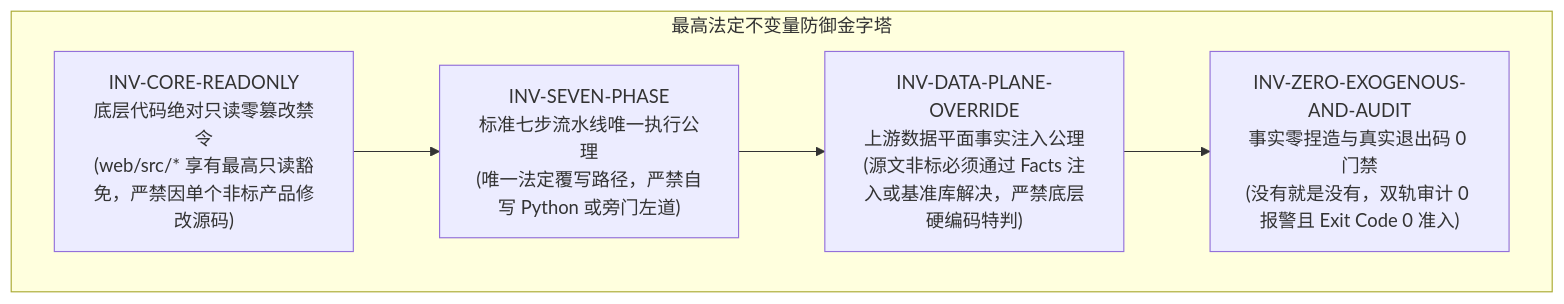
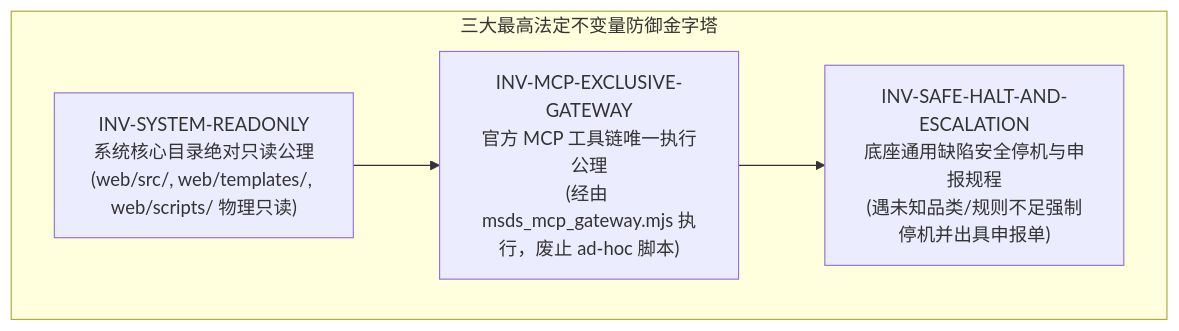
One commit to SnowLove0303/Msds-Engine changed the first of 3 diagrams in 体系交接文档/MSDS_Studio_Agent_Test_Kit/skill/SKILL.md. Above: the diagram before and after it, drawn with Mermaid. The commit also changed other lines of this file and 93 other files, not shown here.

Commit message:
feat(msds-engine): sync core engine, openspec, test kit and clean repo layout

````diff
--- a/体系交接文档/MSDS_Studio_Agent_Test_Kit/skill/SKILL.md
+++ b/体系交接文档/MSDS_Studio_Agent_Test_Kit/skill/SKILL.md
@@ -19,11 +25,10 @@
 ```mermaid
 flowchart TD
-    subgraph InvariantPyramid["最高法定不变量防御金字塔"]
-        INV1["INV-CORE-READONLY<br>底层代码绝对只读零篡改禁令<br>(web/src/* 享有最高只读豁免，严禁因单个非标产品修改源码)"]
-        INV2["INV-SEVEN-PHASE<br>标准七步流水线唯一执行公理<br>(唯一法定覆写路径，严禁自写 Python 或旁门左道)"]
-        INV3["INV-DATA-PLANE-OVERRIDE<br>上游数据平面事实注入公理<br>(源文非标必须通过 Facts 注入或基准库解决，严禁底层硬编码特判)"]
-        INV4["INV-ZERO-EXOGENOUS-AND-AUDIT<br>事实零捏造与真实退出码 0 门禁<br>(没有就是没有，双轨审计 0 报警且 Exit Code 0 准入)"]
+    subgraph InvariantPyramid["三大最高法定不变量防御金字塔"]
+        INV1["INV-SYSTEM-READONLY<br>系统核心目录绝对只读公理<br>(web/src/, web/templates/, web/scripts/ 物理只读)"]
+        INV2["INV-MCP-EXCLUSIVE-GATEWAY<br>官方 MCP 工具链唯一执行公理<br>(经由 msds_mcp_gateway.mjs 执行，废止 ad-hoc 脚本)"]
+        INV3["INV-SAFE-HALT-AND-ESCALATION<br>底座通用缺陷安全停机与申报规程<br>(遇未知品类/规则不足强制停机并出具申报单)"]
     end
     
-    INV1 --> INV2 --> INV3 --> INV4
+    INV1 --> INV2 --> INV3
 ```
````
